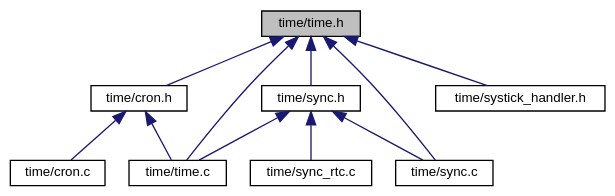
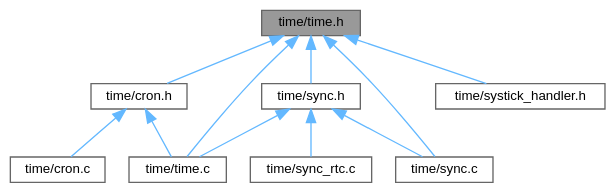
Before and after one commit to ebs-universe/piolib-time: the diagram in time_8h__dep__incl.dot, drawn with Graphviz. The commit also changed 516 other files, not shown here.

```diff
--- a/time_8h__dep__incl.dot
+++ b/time_8h__dep__incl.dot
@@ -1,26 +1,26 @@
 digraph "time/time.h"
 {
  // INTERACTIVE_SVG=YES
  // LATEX_PDF_SIZE
   bgcolor="transparent";
-  edge [fontname="Helvetica",fontsize="10",labelfontname="Helvetica",labelfontsize="10"];
-  node [fontname="Helvetica",fontsize="10",shape=record];
-  Node1 [label="time/time.h",height=0.2,width=0.4,color="black", fillcolor="grey75", style="filled", fontcolor="black",tooltip="Time related functions for embebedded systems."];
-  Node1 -> Node2 [dir="back",color="midnightblue",fontsize="10",style="solid",fontname="Helvetica"];
-  Node2 [label="time/cron.h",height=0.2,width=0.4,color="black",URL="$cron_8h.html",tooltip="Cron-like scheduling framework for embebedded systems."];
-  Node2 -> Node3 [dir="back",color="midnightblue",fontsize="10",style="solid",fontname="Helvetica"];
-  Node3 [label="time/cron.c",height=0.2,width=0.4,color="black",URL="$cron_8c.html",tooltip="Cron-like scheduling framework implementations."];
-  Node2 -> Node4 [dir="back",color="midnightblue",fontsize="10",style="solid",fontname="Helvetica"];
-  Node4 [label="time/time.c",height=0.2,width=0.4,color="black",URL="$time_8c.html",tooltip="Time related function implementations."];
-  Node1 -> Node5 [dir="back",color="midnightblue",fontsize="10",style="solid",fontname="Helvetica"];
-  Node5 [label="time/sync.c",height=0.2,width=0.4,color="black",URL="$sync_8c.html",tooltip="Time synchonization function implementation."];
-  Node1 -> Node6 [dir="back",color="midnightblue",fontsize="10",style="solid",fontname="Helvetica"];
-  Node6 [label="time/sync.h",height=0.2,width=0.4,color="black",URL="$sync_8h.html",tooltip="Time synchonization functions for embebedded systems."];
-  Node6 -> Node5 [dir="back",color="midnightblue",fontsize="10",style="solid",fontname="Helvetica"];
-  Node6 -> Node7 [dir="back",color="midnightblue",fontsize="10",style="solid",fontname="Helvetica"];
-  Node7 [label="time/sync_rtc.c",height=0.2,width=0.4,color="black",URL="$sync__rtc_8c_source.html",tooltip=" "];
-  Node6 -> Node4 [dir="back",color="midnightblue",fontsize="10",style="solid",fontname="Helvetica"];
-  Node1 -> Node8 [dir="back",color="midnightblue",fontsize="10",style="solid",fontname="Helvetica"];
-  Node8 [label="time/systick_handler.h",height=0.2,width=0.4,color="black",URL="$systick__handler_8h.html",tooltip="Interrupt handler for the system tick for static inclusion in the application."];
-  Node1 -> Node4 [dir="back",color="midnightblue",fontsize="10",style="solid",fontname="Helvetica"];
+  edge [fontname=Helvetica,fontsize=10,labelfontname=Helvetica,labelfontsize=10];
+  node [fontname=Helvetica,fontsize=10,shape=box,height=0.2,width=0.4];
+  Node1 [id="Node000001",label="time/time.h",height=0.2,width=0.4,color="gray40", fillcolor="grey60", style="filled", fontcolor="black",tooltip="Time related functions for embebedded systems."];
+  Node1 -> Node2 [id="edge1_Node000001_Node000002",dir="back",color="steelblue1",style="solid",tooltip=" "];
+  Node2 [id="Node000002",label="time/cron.h",height=0.2,width=0.4,color="grey40", fillcolor="white", style="filled",URL="$cron_8h.html",tooltip="Cron-like scheduling framework for embebedded systems."];
+  Node2 -> Node3 [id="edge2_Node000002_Node000003",dir="back",color="steelblue1",style="solid",tooltip=" "];
+  Node3 [id="Node000003",label="time/cron.c",height=0.2,width=0.4,color="grey40", fillcolor="white", style="filled",URL="$cron_8c.html",tooltip="Cron-like scheduling framework implementations."];
+  Node2 -> Node4 [id="edge3_Node000002_Node000004",dir="back",color="steelblue1",style="solid",tooltip=" "];
+  Node4 [id="Node000004",label="time/time.c",height=0.2,width=0.4,color="grey40", fillcolor="white", style="filled",URL="$time_8c.html",tooltip="Time related function implementations."];
+  Node1 -> Node5 [id="edge4_Node000001_Node000005",dir="back",color="steelblue1",style="solid",tooltip=" "];
+  Node5 [id="Node000005",label="time/sync.c",height=0.2,width=0.4,color="grey40", fillcolor="white", style="filled",URL="$sync_8c.html",tooltip="Time synchonization function implementation."];
+  Node1 -> Node6 [id="edge5_Node000001_Node000006",dir="back",color="steelblue1",style="solid",tooltip=" "];
+  Node6 [id="Node000006",label="time/sync.h",height=0.2,width=0.4,color="grey40", fillcolor="white", style="filled",URL="$sync_8h.html",tooltip="Time synchonization functions for embebedded systems."];
+  Node6 -> Node5 [id="edge6_Node000006_Node000005",dir="back",color="steelblue1",style="solid",tooltip=" "];
+  Node6 -> Node7 [id="edge7_Node000006_Node000007",dir="back",color="steelblue1",style="solid",tooltip=" "];
+  Node7 [id="Node000007",label="time/sync_rtc.c",height=0.2,width=0.4,color="grey40", fillcolor="white", style="filled",URL="$sync__rtc_8c.html",tooltip=" "];
+  Node6 -> Node4 [id="edge8_Node000006_Node000004",dir="back",color="steelblue1",style="solid",tooltip=" "];
+  Node1 -> Node8 [id="edge9_Node000001_Node000008",dir="back",color="steelblue1",style="solid",tooltip=" "];
+  Node8 [id="Node000008",label="time/systick_handler.h",height=0.2,width=0.4,color="grey40", fillcolor="white", style="filled",URL="$systick__handler_8h.html",tooltip="Interrupt handler for the system tick for static inclusion in the application."];
+  Node1 -> Node4 [id="edge10_Node000001_Node000004",dir="back",color="steelblue1",style="solid",tooltip=" "];
 }
```
